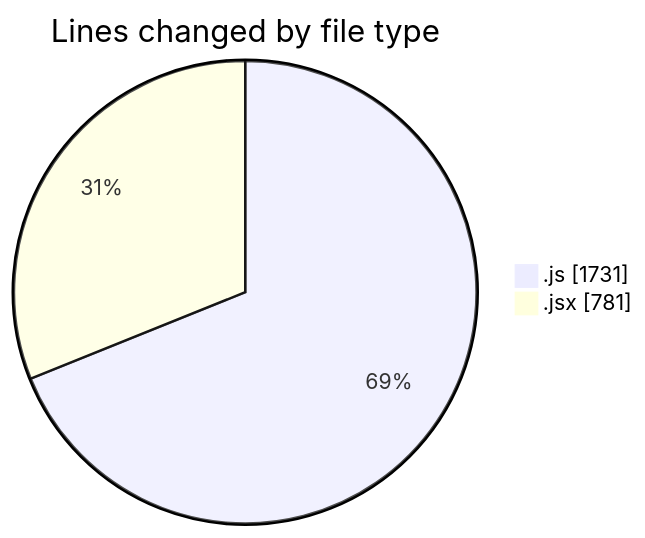
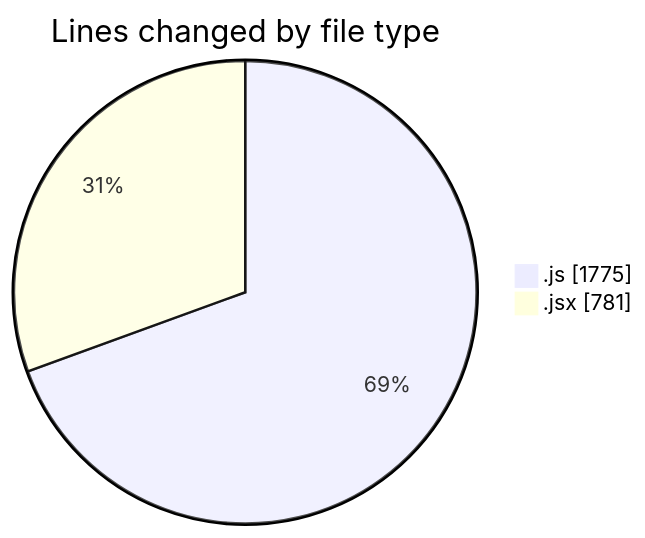
Before and after one commit to nxtqubesakshisongat/code-tracking: the first of 2 diagrams in 2025-09-11/nxtqube_webapp/README.md, drawn with Mermaid. The commit also changed other lines of this file and 1 other file, not shown here.

````diff
--- a/2025-09-11/nxtqube_webapp/README.md
+++ b/2025-09-11/nxtqube_webapp/README.md
@@ -21,6 +22,6 @@
 ```mermaid
 pie showData
 title Lines changed by file type
-".js" : 1731
+".js" : 1775
 ".jsx" : 781
 ```
````
